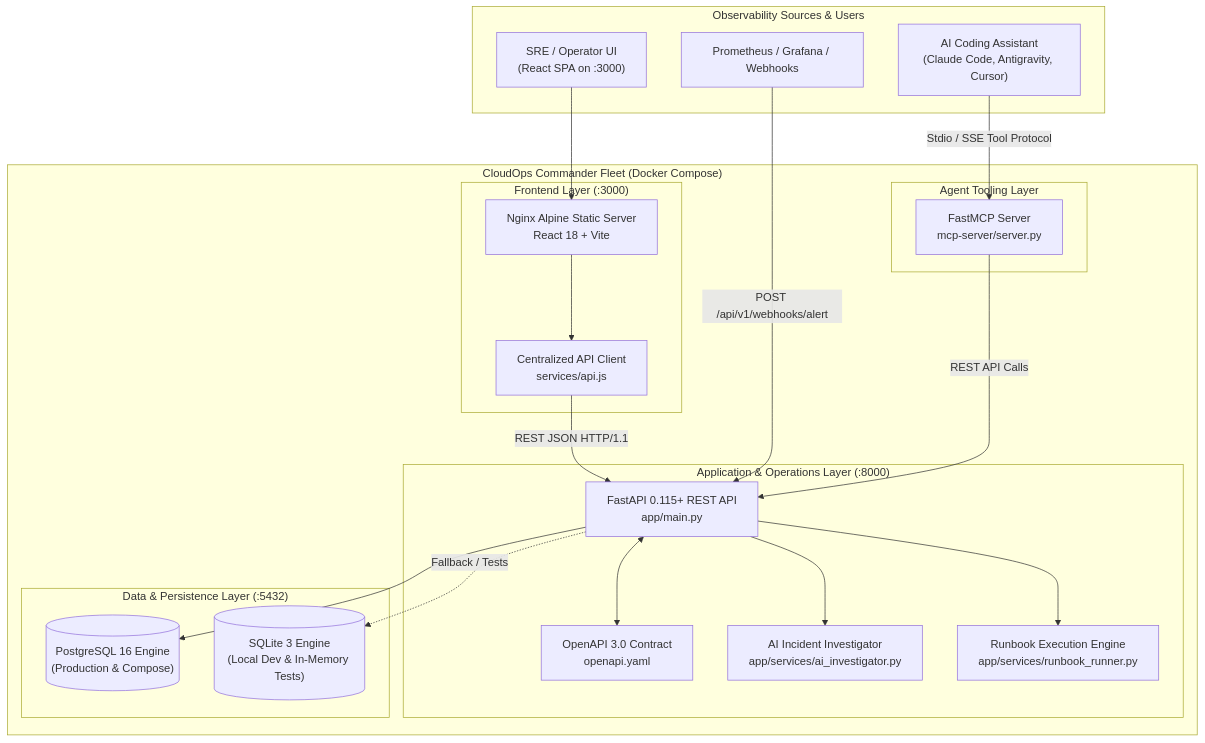
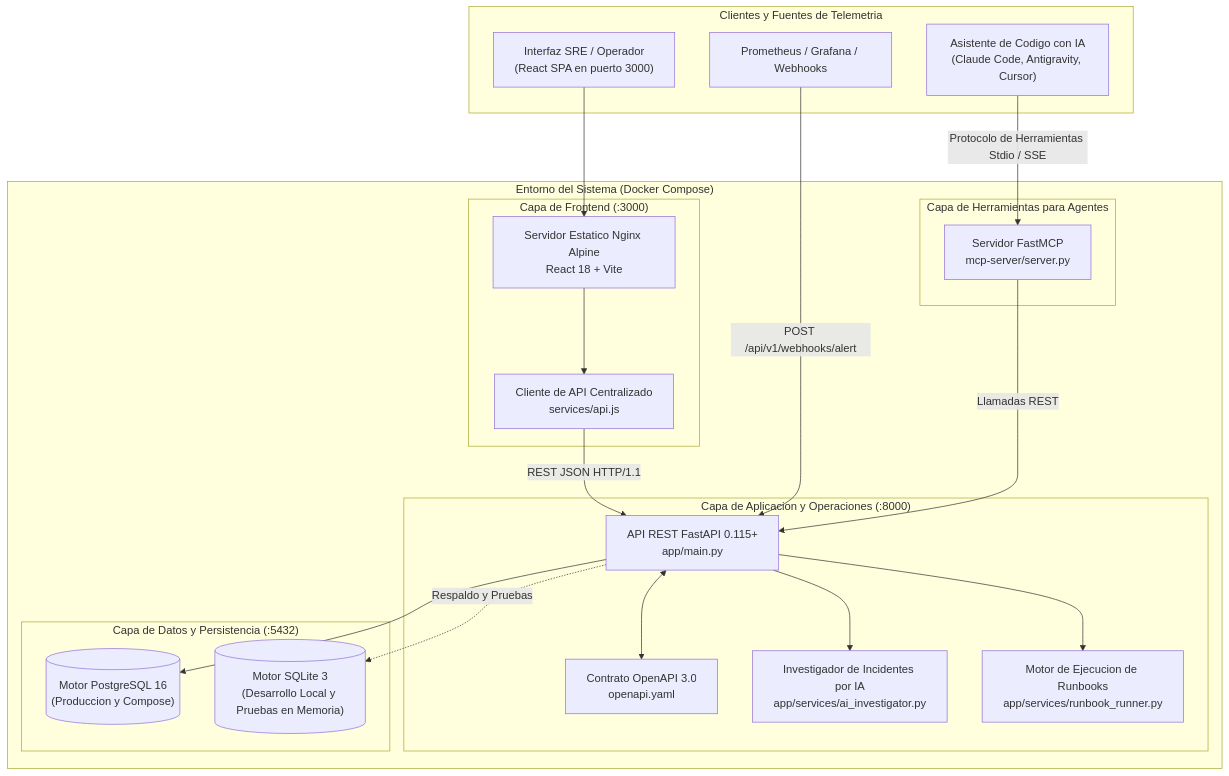
The first of 2 diagrams in docs/architecture.md (NativelogXD/proyecto-1-zoomcamp-ai-dev), drawn with Mermaid before and after one commit. The commit also changed other lines of this file and 24 other files, not shown here.

````diff
--- a/docs/architecture.md
+++ b/docs/architecture.md
@@ -9,45 +9,45 @@
 ```mermaid
 flowchart TD
-    subgraph Clients["Observability Sources & Users"]
-        WebUser["SRE / Operator UI<br/>(React SPA on :3000)"]
-        Monitoring["Prometheus / Grafana / Webhooks"]
-        AgentClient["AI Coding Assistant<br/>(Claude Code, Antigravity, Cursor)"]
+    subgraph Clientes["Clientes y Fuentes de Telemetria"]
+        UsuarioWeb["Interfaz SRE / Operador<br/>(React SPA en puerto 3000)"]
+        Monitoreo["Prometheus / Grafana / Webhooks"]
+        ClienteAgente["Asistente de Codigo con IA<br/>(Claude Code, Antigravity, Cursor)"]
     end
 
-    subgraph Platform["CloudOps Commander Fleet (Docker Compose)"]
-        subgraph FrontendLayer["Frontend Layer (:3000)"]
-            SPA["Nginx Alpine Static Server<br/>React 18 + Vite"]
-            APIClient["Centralized API Client<br/>services/api.js"]
-            SPA --> APIClient
+    subgraph Plataforma["Entorno del Sistema (Docker Compose)"]
+        subgraph CapaFrontend["Capa de Frontend (:3000)"]
+            SPA["Servidor Estatico Nginx Alpine<br/>React 18 + Vite"]
+            ClienteAPI["Cliente de API Centralizado<br/>services/api.js"]
+            SPA --> ClienteAPI
         end
 
-        subgraph BackendLayer["Application & Operations Layer (:8000)"]
-            FastAPI["FastAPI 0.115+ REST API<br/>app/main.py"]
-            Contract["OpenAPI 3.0 Contract<br/>openapi.yaml"]
-            AIInvestigator["AI Incident Investigator<br/>app/services/ai_investigator.py"]
-            RunbookEngine["Runbook Execution Engine<br/>app/services/runbook_runner.py"]
+        subgraph CapaBackend["Capa de Aplicacion y Operaciones (:8000)"]
+            FastAPI["API REST FastAPI 0.115+<br/>app/main.py"]
+            Contrato["Contrato OpenAPI 3.0<br/>openapi.yaml"]
+            InvestigadorIA["Investigador de Incidentes por IA<br/>app/services/ai_investigator.py"]
+            MotorRunbooks["Motor de Ejecucion de Runbooks<br/>app/services/runbook_runner.py"]
 
-            FastAPI <--> Contract
-            FastAPI --> AIInvestigator
-            FastAPI --> RunbookEngine
+            FastAPI <--> Contrato
+            FastAPI --> InvestigadorIA
+            FastAPI --> MotorRunbooks
         end
 
-        subgraph StorageLayer["Data & Persistence Layer (:5432)"]
-            PostgresDB[("PostgreSQL 16 Engine<br/>(Production & Compose)")]
-            SQLiteDB[("SQLite 3 Engine<br/>(Local Dev & In-Memory Tests)")]
+        subgraph CapaPersistencia["Capa de Datos y Persistencia (:5432)"]
+            PostgresDB[("Motor PostgreSQL 16<br/>(Produccion y Compose)")]
+            SQLiteDB[("Motor SQLite 3<br/>(Desarrollo Local y Pruebas en Memoria)")]
         end
 
-        subgraph MCPLayer["Agent Tooling Layer"]
-            MCPServer["FastMCP Server<br/>mcp-server/server.py"]
+        subgraph CapaMCP["Capa de Herramientas para Agentes"]
+            ServidorMCP["Servidor FastMCP<br/>mcp-server/server.py"]
         end
     end
 
-    WebUser --> SPA
-    APIClient -- "REST JSON HTTP/1.1" --> FastAPI
-    Monitoring -- "POST /api/v1/webhooks/alert" --> FastAPI
-    AgentClient -- "Stdio / SSE Tool Protocol" --> MCPServer
-    MCPServer -- "REST API Calls" --> FastAPI
+    UsuarioWeb --> SPA
+    ClienteAPI -- "REST JSON HTTP/1.1" --> FastAPI
+    Monitoreo -- "POST /api/v1/webhooks/alert" --> FastAPI
+    ClienteAgente -- "Protocolo de Herramientas Stdio / SSE" --> ServidorMCP
+    ServidorMCP -- "Llamadas REST" --> FastAPI
 
     FastAPI --> PostgresDB
-    FastAPI -. "Fallback / Tests" .-> SQLiteDB
+    FastAPI -. "Respaldo y Pruebas" .-> SQLiteDB
 ```
````
